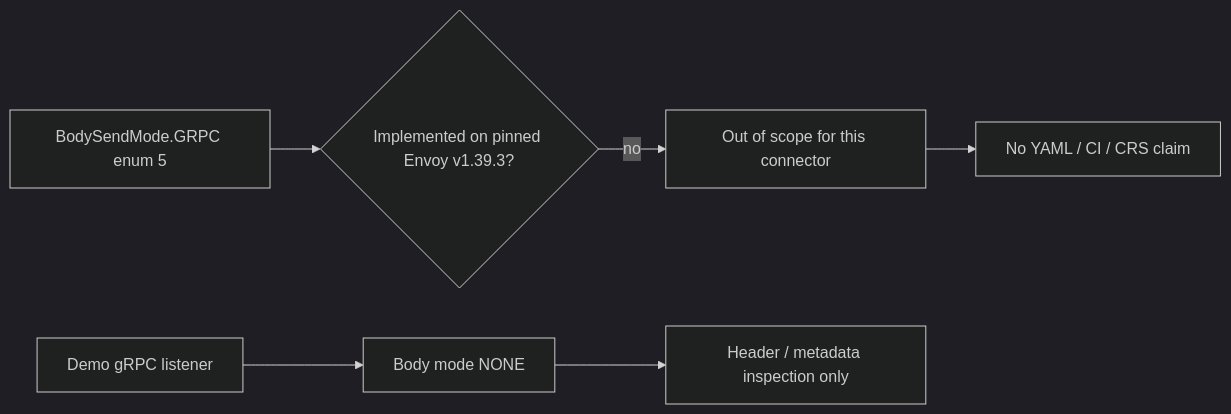
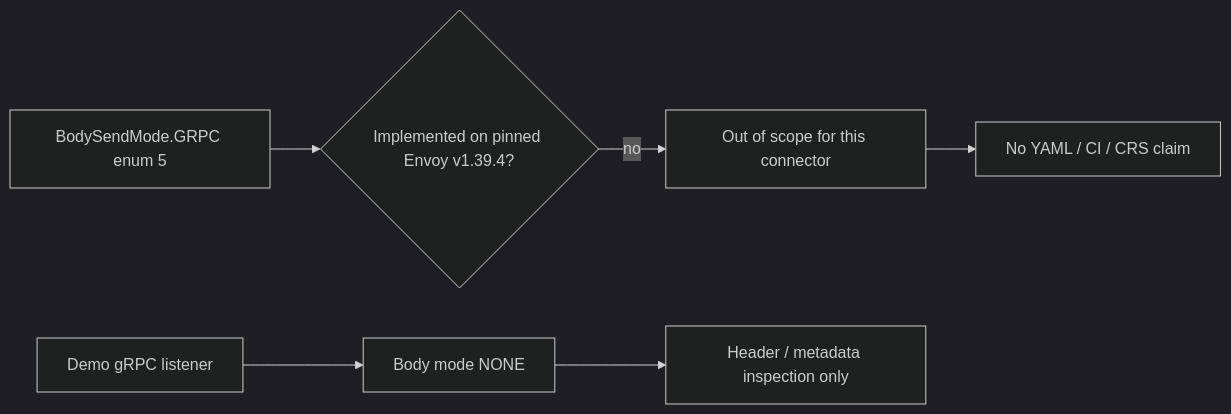
The diagram in docs/modes/grpc.md (etiennemunnich/modsec-envoy-connector), drawn with Mermaid (dark theme) before and after one commit. The commit also changed other lines of this file and 18 other files, not shown here.

````diff
--- a/docs/modes/grpc.md
+++ b/docs/modes/grpc.md
@@ -25,8 +25,8 @@
 ```mermaid
 flowchart LR
-  A[BodySendMode.GRPC enum 5] --> B{Implemented on pinned Envoy v1.39.3?}
+  A[BodySendMode.GRPC enum 5] --> B{Implemented on pinned Envoy v1.39.4?}
   B -->|no| C[Out of scope for this connector]
   C --> D[No YAML / CI / CRS claim]
   E[Demo gRPC listener] --> F[Body mode NONE]
   F --> G[Header / metadata inspection only]
 ```
````
